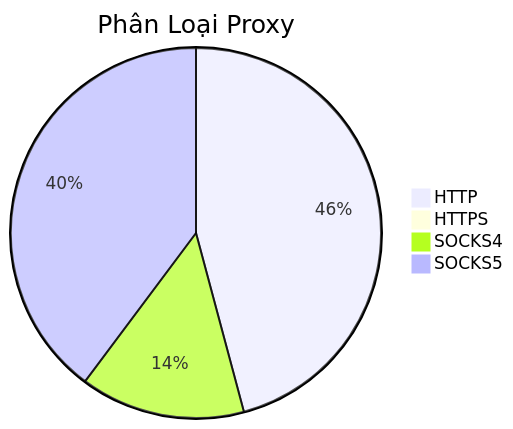
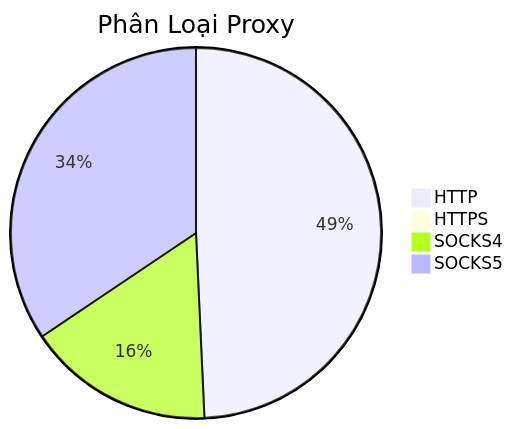
Before and after one commit to Ciara-12/PROXY-free: the diagram in README.md, drawn with Mermaid. The commit also changed other lines of this file and 4 other files, not shown here.

````diff
--- a/README.md
+++ b/README.md
@@ -26,7 +26,7 @@
 ```mermaid
 pie title Phân Loại Proxy
-    "HTTP" : 962
-    "HTTPS" : 1
-    "SOCKS4" : 302
-    "SOCKS5" : 835
+    "HTTP" : 846
+    "HTTPS" : 0
+    "SOCKS4" : 280
+    "SOCKS5" : 591
 ```
````
